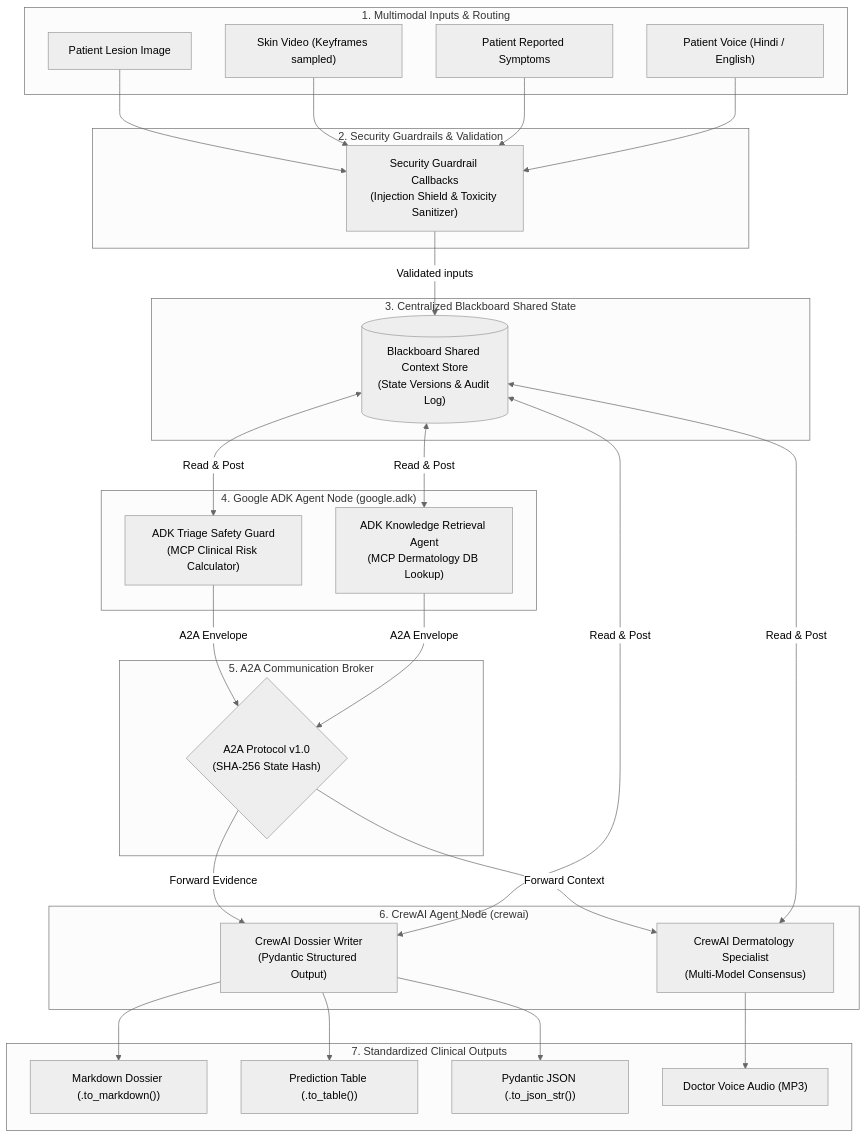
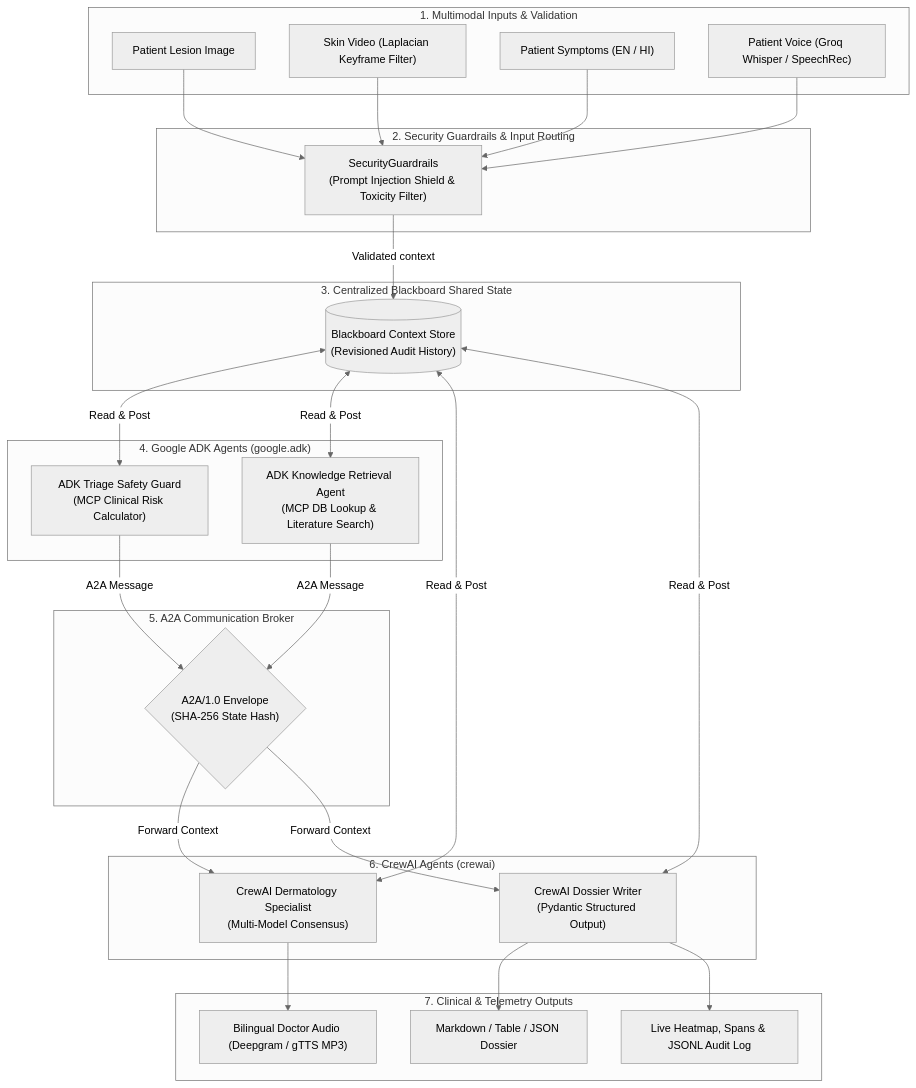
The diagram in README.md (Manya1810/skinsense-ai), drawn with Mermaid (neutral theme) before and after one commit. The commit also changed other lines of this file, not shown here.

````diff
--- a/README.md
+++ b/README.md
@@ -28,55 +30,46 @@
 ```mermaid
 flowchart TD
-    subgraph Ingestion["1. Multimodal Inputs & Routing"]
+    subgraph Ingestion["1. Multimodal Inputs & Validation"]
         IMG["Patient Lesion Image"]
-        VID["Skin Video (Keyframes sampled)"]
-        TXT["Patient Reported Symptoms"]
-        AUDIO["Patient Voice (Hindi / English)"]
+        VID["Skin Video (Laplacian Keyframe Filter)"]
+        TXT["Patient Symptoms (EN / HI)"]
+        AUDIO["Patient Voice (Groq Whisper / SpeechRec)"]
     end
 
-    subgraph Security["2. Security Guardrails & Validation"]
-        GUARD["Security Guardrail Callbacks\n(Injection Shield & Toxicity Sanitizer)"]
+    subgraph Security["2. Security Guardrails & Input Routing"]
+        GUARD["SecurityGuardrails\n(Prompt Injection Shield & Toxicity Filter)"]
     end
 
     subgraph BlackboardState["3. Centralized Blackboard Shared State"]
-        BB[("Blackboard Shared Context Store\n(State Versions & Audit Log)")]
+        BB[("Blackboard Context Store\n(Revisioned Audit History)")]
     end
 
-    subgraph GoogleADK["4. Google ADK Agent Node (google.adk)"]
+    subgraph GoogleADK["4. Google ADK Agents (google.adk)"]
         ADK_TRIAGE["ADK Triage Safety Guard\n(MCP Clinical Risk Calculator)"]
-        ADK_KNOW["ADK Knowledge Retrieval Agent\n(MCP Dermatology DB Lookup)"]
+        ADK_KNOW["ADK Knowledge Retrieval Agent\n(MCP DB Lookup & Literature Search)"]
     end
 
     subgraph A2AProtocol["5. A2A Communication Broker"]
-        A2A{"A2A Protocol v1.0\n(SHA-256 State Hash)"}
+        A2A{"A2A/1.0 Envelope\n(SHA-256 State Hash)"}
     end
 
-    subgraph CrewAI["6. CrewAI Agent Node (crewai)"]
+    subgraph CrewAI["6. CrewAI Agents (crewai)"]
         CREW_DERM["CrewAI Dermatology Specialist\n(Multi-Model Consensus)"]
         CREW_WRITE["CrewAI Dossier Writer\n(Pydantic Structured Output)"]
     end
 
-    subgraph Outputs["7. Standardized Clinical Outputs"]
-        MD_OUT["Markdown Dossier (.to_markdown())"]
-        TBL_OUT["Prediction Table (.to_table())"]
-        JSON_OUT["Pydantic JSON (.to_json_str())"]
-        AUD_OUT["Doctor Voice Audio (MP3)"]
+    subgraph Outputs["7. Clinical & Telemetry Outputs"]
+        MD_OUT["Markdown / Table / JSON Dossier"]
+        AUD_OUT["Bilingual Doctor Audio (Deepgram / gTTS MP3)"]
+        OBS_OUT["Live Heatmap, Spans & JSONL Audit Log"]
     end
 
     IMG & VID & TXT & AUDIO --> GUARD
-    GUARD -->|Validated inputs| BB
-
-    BB <-->|Read & Post| ADK_TRIAGE
-    BB <-->|Read & Post| ADK_KNOW
-
-    ADK_TRIAGE -->|A2A Envelope| A2A
-    ADK_KNOW -->|A2A Envelope| A2A
-    A2A -->|Forward Context| CREW_DERM
-    A2A -->|Forward Evidence| CREW_WRITE
-
-    BB <-->|Read & Post| CREW_DERM
-    BB <-->|Read & Post| CREW_WRITE
-
-    CREW_WRITE --> MD_OUT & TBL_OUT & JSON_OUT
+    GUARD -->|Validated context| BB
+    BB <-->|Read & Post| ADK_TRIAGE & ADK_KNOW
+    ADK_TRIAGE & ADK_KNOW -->|A2A Message| A2A
+    A2A -->|Forward Context| CREW_DERM & CREW_WRITE
+    BB <-->|Read & Post| CREW_DERM & CREW_WRITE
+    CREW_WRITE --> MD_OUT & OBS_OUT
     CREW_DERM --> AUD_OUT
 ```
````
